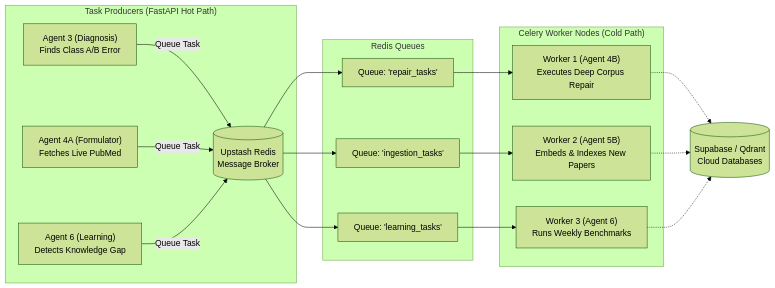
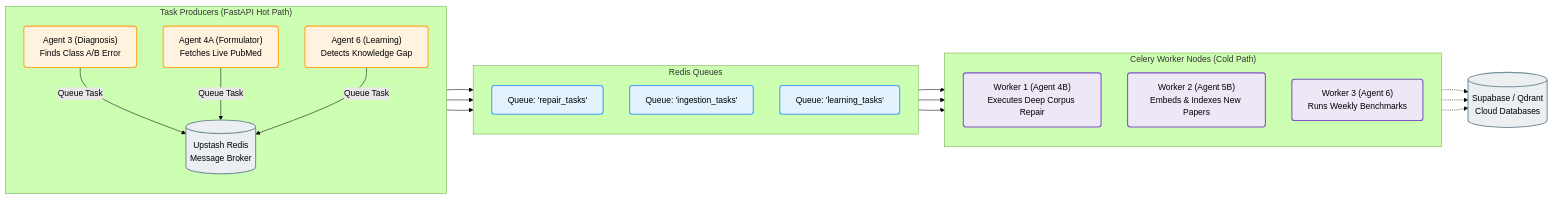
Before and after one commit to pavan939111/SelfLearning_Rag: the seventh of 11 diagrams in ARCHITECTURE.md, drawn with Mermaid (forest theme). The commit also changed other lines of this file, not shown here.

Commit message:
docs: apply pastel color grading to all diagrams in ARCHITECTURE.md to ensure high visibility and professional design

````diff
--- a/ARCHITECTURE.md
+++ b/ARCHITECTURE.md
@@ -245,24 +257,32 @@
 ```mermaid
 flowchart LR
+    classDef producer fill:#fff3e0,stroke:#ffa726,stroke-width:2px,color:#000,rx:5px
+    classDef queue fill:#e3f2fd,stroke:#42a5f5,stroke-width:2px,color:#000,rx:5px
+    classDef worker fill:#ede7f6,stroke:#7e57c2,stroke-width:2px,color:#000,rx:5px
+    classDef db fill:#eceff1,stroke:#78909c,stroke-width:2px,color:#000,rx:10px
+
     subgraph PRODUCERS ["Task Producers (FastAPI Hot Path)"]
-        A3["Agent 3 (Diagnosis)\nFinds Class A/B Error"] -->|Queue Task| R[("Upstash Redis\nMessage Broker")]
-        A4A["Agent 4A (Formulator)\nFetches Live PubMed"] -->|Queue Task| R
-        A6["Agent 6 (Learning)\nDetects Knowledge Gap"] -->|Queue Task| R
+        direction TB
+        A3["Agent 3 (Diagnosis)\nFinds Class A/B Error"]:::producer -->|Queue Task| R[("Upstash Redis\nMessage Broker")]:::db
+        A4A["Agent 4A (Formulator)\nFetches Live PubMed"]:::producer -->|Queue Task| R
+        A6["Agent 6 (Learning)\nDetects Knowledge Gap"]:::producer -->|Queue Task| R
     end
 
     subgraph REDIS ["Redis Queues"]
-        R --> Q1["Queue: 'repair_tasks'"]
-        R --> Q2["Queue: 'ingestion_tasks'"]
-        R --> Q3["Queue: 'learning_tasks'"]
+        direction TB
+        R --> Q1["Queue: 'repair_tasks'"]:::queue
+        R --> Q2["Queue: 'ingestion_tasks'"]:::queue
+        R --> Q3["Queue: 'learning_tasks'"]:::queue
     end
 
     subgraph CONSUMERS ["Celery Worker Nodes (Cold Path)"]
-        Q1 --> W1["Worker 1 (Agent 4B)\nExecutes Deep Corpus Repair"]
-        Q2 --> W2["Worker 2 (Agent 5B)\nEmbeds & Indexes New Papers"]
-        Q3 --> W3["Worker 3 (Agent 6)\nRuns Weekly Benchmarks"]
+        direction TB
+        Q1 --> W1["Worker 1 (Agent 4B)\nExecutes Deep Corpus Repair"]:::worker
+        Q2 --> W2["Worker 2 (Agent 5B)\nEmbeds & Indexes New Papers"]:::worker
+        Q3 --> W3["Worker 3 (Agent 6)\nRuns Weekly Benchmarks"]:::worker
     end
     
-    W1 -.-> DB[("Supabase / Qdrant\nCloud Databases")]
+    W1 -.-> DB[("Supabase / Qdrant\nCloud Databases")]:::db
     W2 -.-> DB
     W3 -.-> DB
 ```
````
